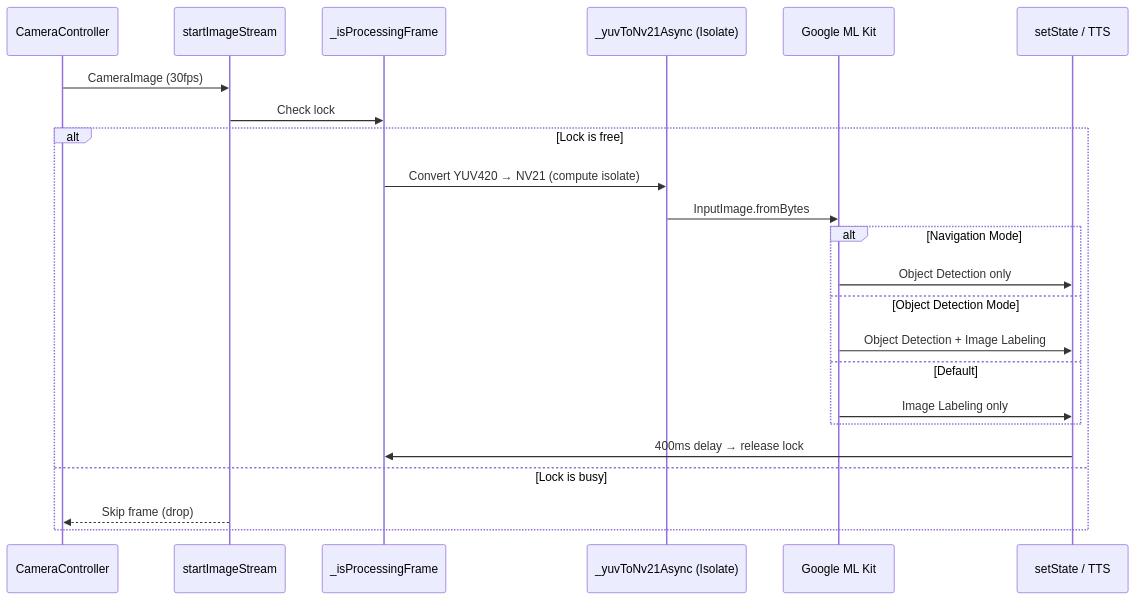
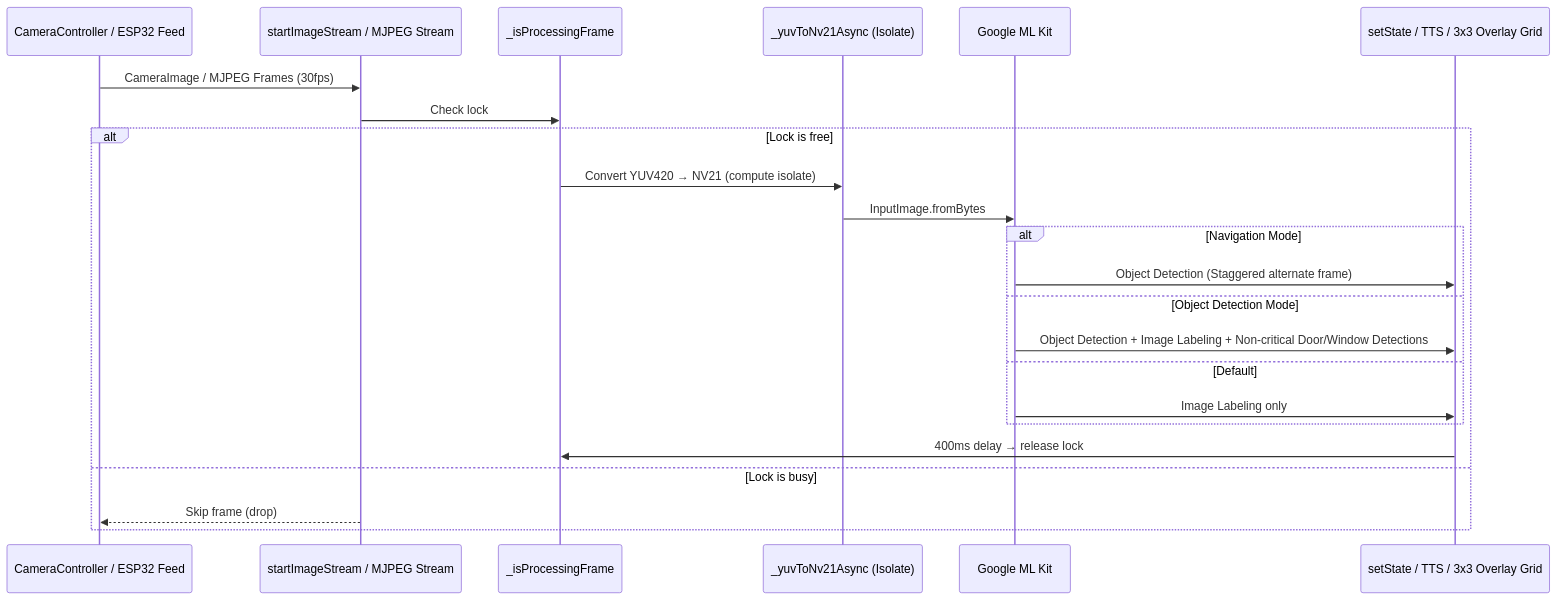
Before and after one commit to Thes-IS-IT/Easylens: the second of 2 diagrams in docs/source-of-truth/02_architecture.md, drawn with Mermaid. The commit also changed other lines of this file and 10 other files, not shown here.

Commit message:
docs: expand Source of Truth documentation with recent features and architectural updates

````diff
--- a/docs/source-of-truth/02_architecture.md
+++ b/docs/source-of-truth/02_architecture.md
@@ -119,26 +130,26 @@
 ```mermaid
 sequenceDiagram
-    participant Camera as CameraController
-    participant Stream as startImageStream
+    participant Camera as CameraController / ESP32 Feed
+    participant Stream as startImageStream / MJPEG Stream
     participant Lock as _isProcessingFrame
     participant YUV as _yuvToNv21Async (Isolate)
     participant MLKit as Google ML Kit
-    participant UI as setState / TTS
+    participant UI as setState / TTS / 3x3 Overlay Grid
 
-    Camera->>Stream: CameraImage (30fps)
+    Camera->>Stream: CameraImage / MJPEG Frames (30fps)
     Stream->>Lock: Check lock
     alt Lock is free
         Lock->>YUV: Convert YUV420 → NV21 (compute isolate)
         YUV->>MLKit: InputImage.fromBytes
         alt Navigation Mode
-            MLKit->>UI: Object Detection only
+            MLKit->>UI: Object Detection (Staggered alternate frame)
         else Object Detection Mode
-            MLKit->>UI: Object Detection + Image Labeling
+            MLKit->>UI: Object Detection + Image Labeling + Non-critical Door/Window Detections
         else Default
             MLKit->>UI: Image Labeling only
         end
         UI->>Lock: 400ms delay → release lock
     else Lock is busy
         Stream-->>Camera: Skip frame (drop)
     end
 ```
````
